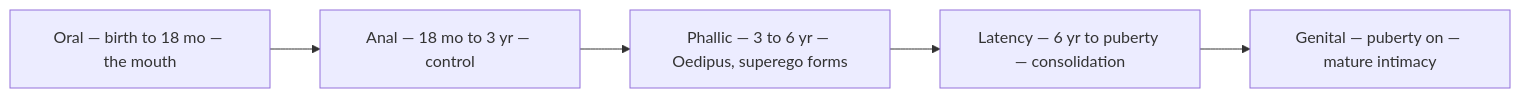
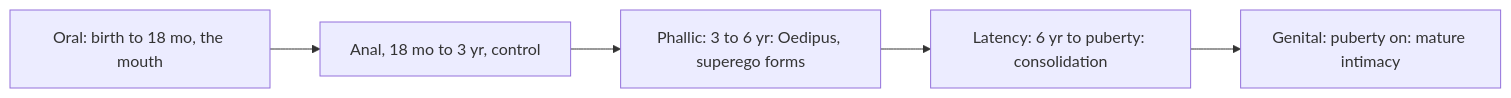
One commit to kennethreitz/kennethreitz.org changed the diagram in data/knowledge/psychology/freudian/psychosexual-development.md. Above: the diagram before and after it, drawn with Mermaid. The commit also changed other lines of this file and 879 other files, not shown here.

````diff
--- a/data/knowledge/psychology/freudian/psychosexual-development.md
+++ b/data/knowledge/psychology/freudian/psychosexual-development.md
@@ -14,7 +14,7 @@
 ```mermaid
 flowchart LR
-    O["Oral — birth to 18 mo — the mouth"] --> A["Anal — 18 mo to 3 yr — control"]
-    A --> P["Phallic — 3 to 6 yr — Oedipus, superego forms"]
-    P --> L["Latency — 6 yr to puberty — consolidation"]
-    L --> G["Genital — puberty on — mature intimacy"]
+    O["Oral: birth to 18 mo, the mouth"] --> A["Anal, 18 mo to 3 yr, control"]
+    A --> P["Phallic: 3 to 6 yr: Oedipus, superego forms"]
+    P --> L["Latency: 6 yr to puberty: consolidation"]
+    L --> G["Genital: puberty on: mature intimacy"]
 ```
````
